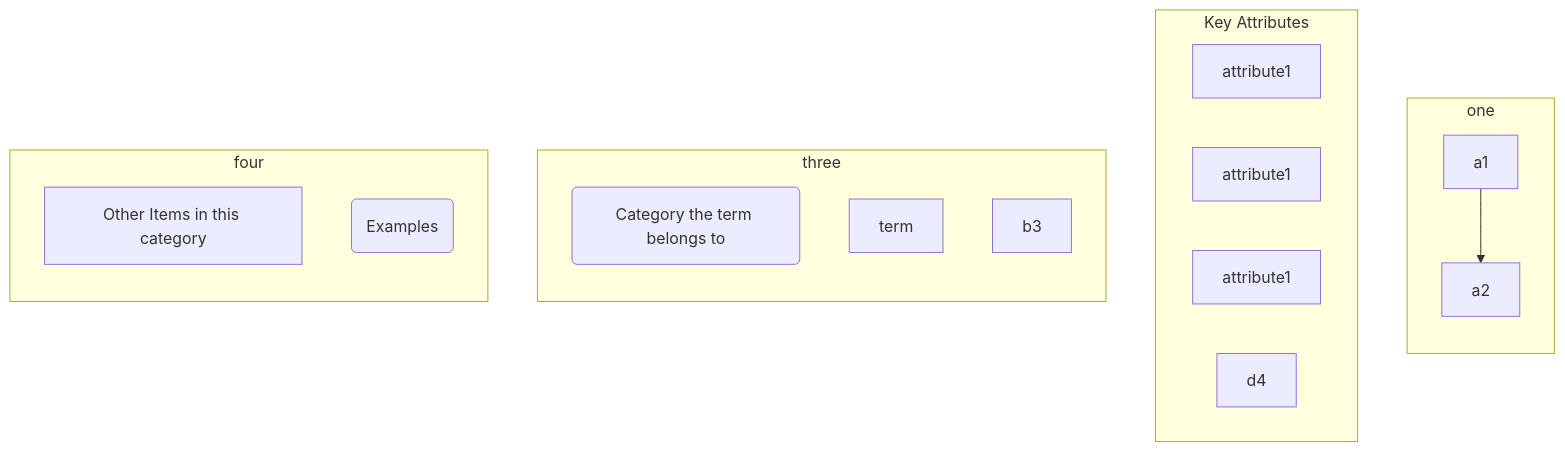
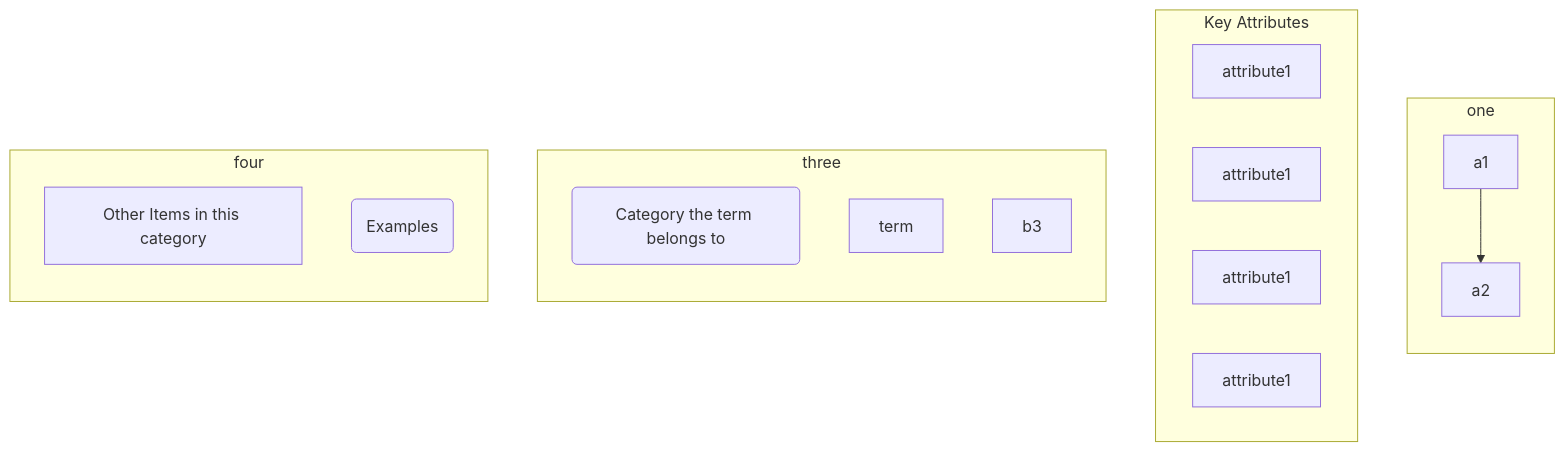
The diagram in slides.md (gerbssusd/dok), drawn with Mermaid before and after one commit.

````diff
--- a/slides.md
+++ b/slides.md
@@ -217,30 +217,30 @@
 ```mermaid
 flowchart TB
     subgraph one 
      direction TB
     a1-->a2
      end
     subgraph Key Attributes
      d1[attribute1]
      d2[attribute1]
      d3[attribute1]
-     d4
+     d4[attribute1]
      end
     subgraph three
       direction TB
         b1(Category the term belongs to)
         b2[term]
         b3 
         end
     subgraph four
       direction TB
     c1[Other Items in this category] 
     c2(Examples)
     end
 
 
 
 
 
 
 ```
````
